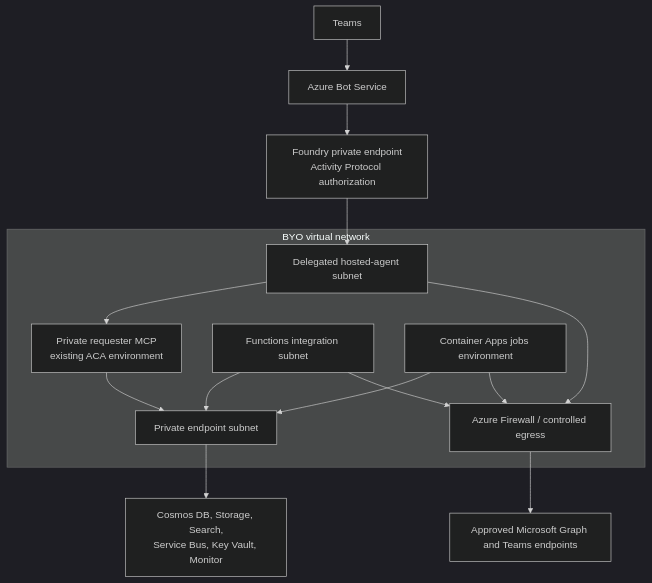
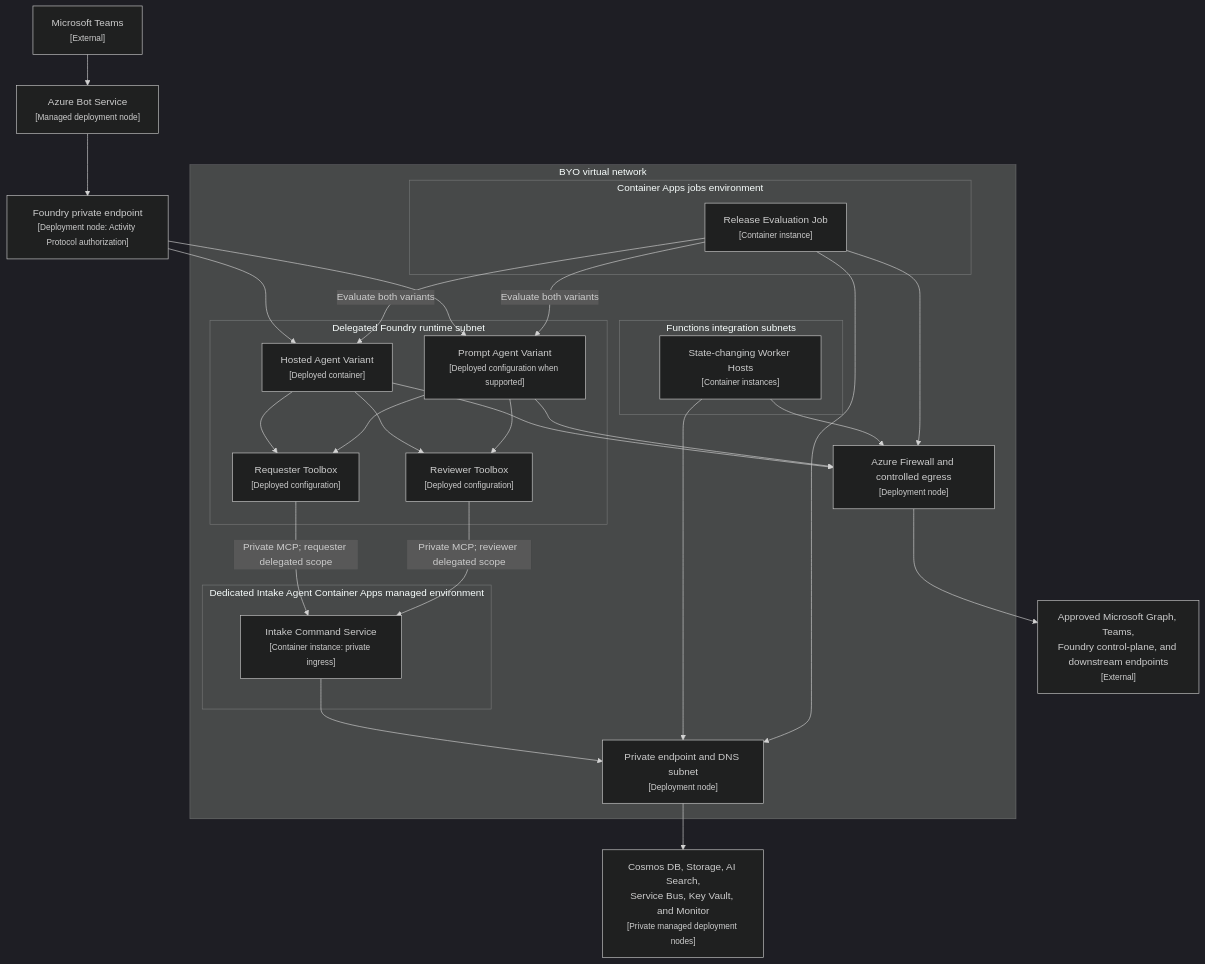
Before and after one commit to duongthaiha/intake-agent: diagram 11 of 13 in docs/architecture-design.md, drawn with Mermaid (dark theme). The commit also changed other lines of this file and 31 other files, not shown here.

````diff
--- a/docs/architecture-design.md
+++ b/docs/architecture-design.md
@@ -817,25 +968,45 @@
 ```mermaid
 flowchart TB
-    Teams[Teams] --> Bot[Azure Bot Service]
-    Bot --> PrivateFoundry[Foundry private endpoint<br/>Activity Protocol authorization]
+    Teams["Microsoft Teams<br/><small>[External]</small>"] --> Bot["Azure Bot Service<br/><small>[Managed deployment node]</small>"]
+    Bot --> PrivateFoundry["Foundry private endpoint<br/><small>[Deployment node: Activity Protocol authorization]</small>"]
 
     subgraph VNet["BYO virtual network"]
-        HostedSubnet[Delegated hosted-agent subnet]
-        MCP[Private requester MCP<br/>existing ACA environment]
-        FunctionSubnet[Functions integration subnet]
-        JobSubnet[Container Apps jobs environment]
-        PE[Private endpoint subnet]
-        Firewall[Azure Firewall / controlled egress]
+        subgraph FoundrySubnet["Delegated Foundry runtime subnet"]
+            Hosted["Hosted Agent Variant<br/><small>[Deployed container]</small>"]
+            Prompt["Prompt Agent Variant<br/><small>[Deployed configuration when supported]</small>"]
+            RequesterTools["Requester Toolbox<br/><small>[Deployed configuration]</small>"]
+            ReviewerTools["Reviewer Toolbox<br/><small>[Deployed configuration]</small>"]
+        end
+        subgraph ACA["Dedicated Intake Agent Container Apps managed environment"]
+            CommandService["Intake Command Service<br/><small>[Container instance: private ingress]</small>"]
+        end
+        subgraph FunctionSubnet["Functions integration subnets"]
+            Workers["State-changing Worker Hosts<br/><small>[Container instances]</small>"]
+        end
+        subgraph JobSubnet["Container Apps jobs environment"]
+            EvalJob["Release Evaluation Job<br/><small>[Container instance]</small>"]
+        end
+        PE["Private endpoint and DNS subnet<br/><small>[Deployment node]</small>"]
+        Firewall["Azure Firewall and controlled egress<br/><small>[Deployment node]</small>"]
     end
 
-    PrivateFoundry --> HostedSubnet
-    HostedSubnet --> MCP
-    MCP --> PE
-    FunctionSubnet --> PE
-    JobSubnet --> PE
-    PE --> Data[Cosmos DB, Storage, Search,<br/>Service Bus, Key Vault, Monitor]
-    HostedSubnet --> Firewall
-    FunctionSubnet --> Firewall
-    JobSubnet --> Firewall
-    Firewall --> M365Endpoints[Approved Microsoft Graph and Teams endpoints]
+    PrivateFoundry --> Hosted
+    PrivateFoundry --> Prompt
+    Hosted --> RequesterTools
+    Hosted --> ReviewerTools
+    Prompt --> RequesterTools
+    Prompt --> ReviewerTools
+    RequesterTools -->|Private MCP; requester delegated scope| CommandService
+    ReviewerTools -->|Private MCP; reviewer delegated scope| CommandService
+    CommandService --> PE
+    Workers --> PE
+    EvalJob --> PE
+    PE --> Data["Cosmos DB, Storage, AI Search,<br/>Service Bus, Key Vault, and Monitor<br/><small>[Private managed deployment nodes]</small>"]
+    Hosted --> Firewall
+    Prompt --> Firewall
+    Workers --> Firewall
+    EvalJob --> Firewall
+    Firewall --> M365Endpoints["Approved Microsoft Graph, Teams,<br/>Foundry control-plane, and downstream endpoints<br/><small>[External]</small>"]
+    EvalJob -->|Evaluate both variants| Hosted
+    EvalJob -->|Evaluate both variants| Prompt
 ```
````
